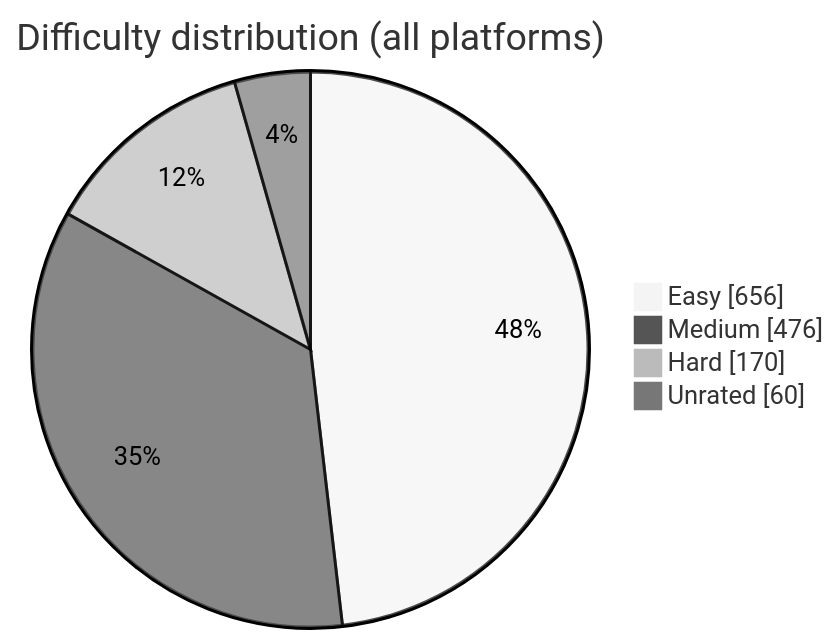
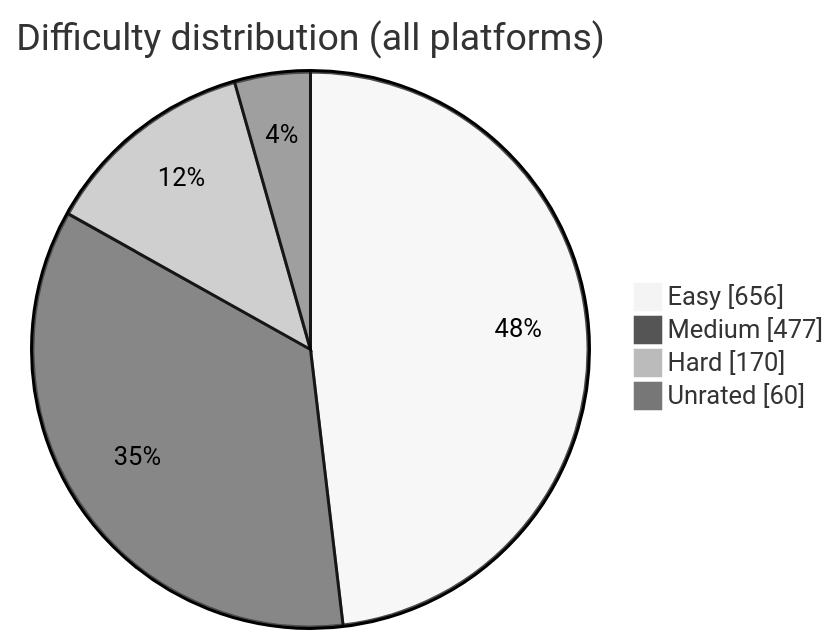
The diagram in README.md (BuildbyArindam/Daily-Coding-Log), drawn with Mermaid (neutral theme) before and after one commit. The commit also changed other lines of this file, not shown here.

````diff
--- a/README.md
+++ b/README.md
@@ -93,7 +93,7 @@
 ```mermaid
 pie showData title Difficulty distribution (all platforms)
     "Easy" : 656
-    "Medium" : 476
+    "Medium" : 477
     "Hard" : 170
     "Unrated" : 60
 ```
````
